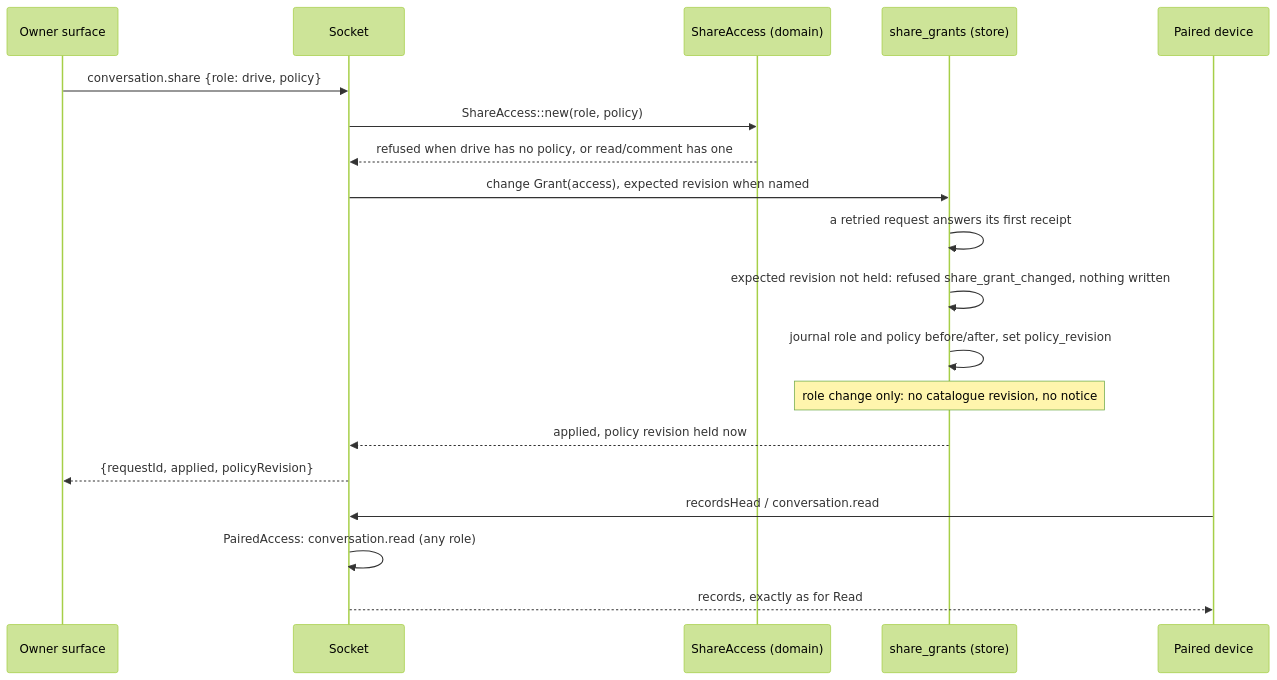
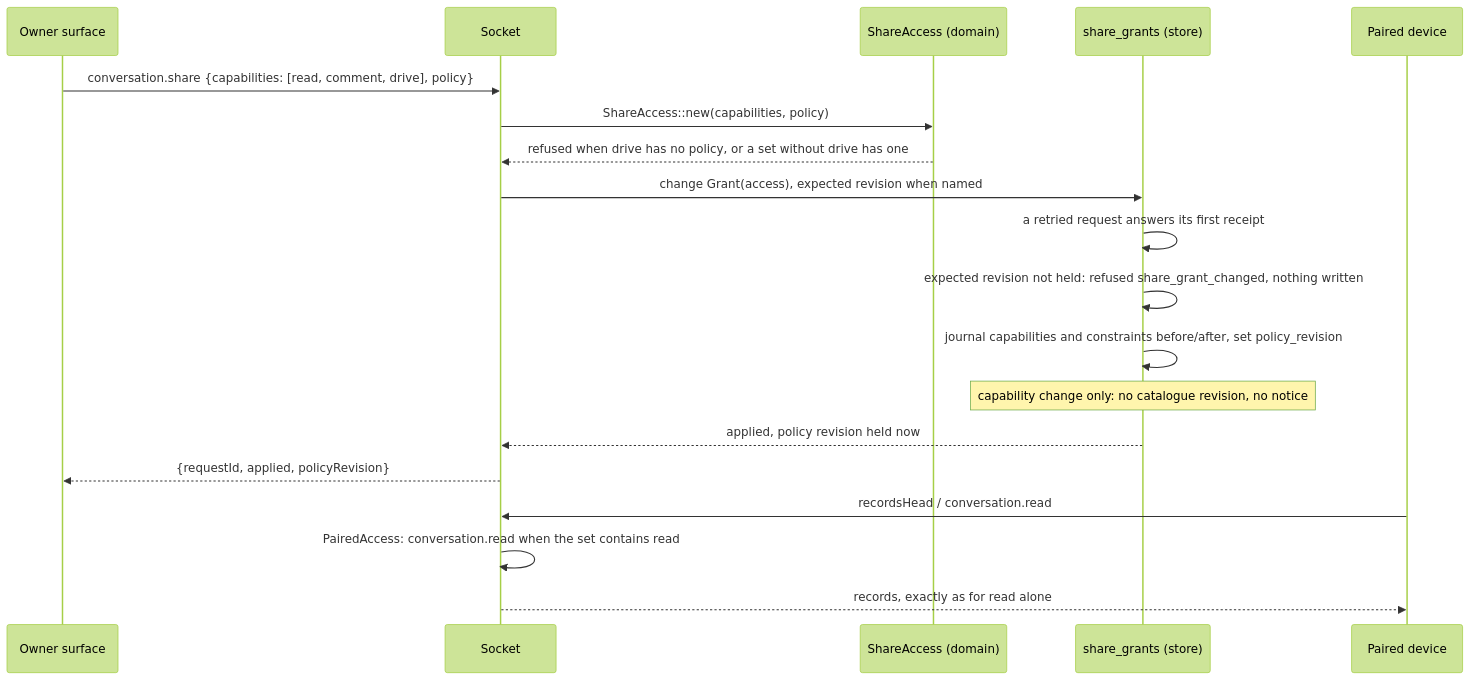
One commit to nessalabs/nessa-agent changed the third of 7 diagrams in docs/design/read-grants.md. Above: the diagram before and after it, drawn with Mermaid (forest theme). The commit also changed other lines of this file and 56 other files, not shown here.

````diff
--- a/docs/design/read-grants.md
+++ b/docs/design/read-grants.md
@@ -262,21 +327,21 @@
 ```mermaid
 sequenceDiagram
     participant Owner as Owner surface
     participant Socket
     participant Domain as ShareAccess (domain)
     participant Grants as share_grants (store)
     participant Device as Paired device
-    Owner->>Socket: conversation.share {role: drive, policy}
-    Socket->>Domain: ShareAccess::new(role, policy)
-    Domain-->>Socket: refused when drive has no policy, or read/comment has one
+    Owner->>Socket: conversation.share {capabilities: [read, comment, drive], policy}
+    Socket->>Domain: ShareAccess::new(capabilities, policy)
+    Domain-->>Socket: refused when drive has no policy, or a set without drive has one
     Socket->>Grants: change Grant(access), expected revision when named
     Grants->>Grants: a retried request answers its first receipt
     Grants->>Grants: expected revision not held: refused share_grant_changed, nothing written
-    Grants->>Grants: journal role and policy before/after, set policy_revision
-    Note over Grants: role change only: no catalogue revision, no notice
+    Grants->>Grants: journal capabilities and constraints before/after, set policy_revision
+    Note over Grants: capability change only: no catalogue revision, no notice
     Grants-->>Socket: applied, policy revision held now
     Socket-->>Owner: {requestId, applied, policyRevision}
     Device->>Socket: recordsHead / conversation.read
-    Socket->>Socket: PairedAccess: conversation.read (any role)
-    Socket-->>Device: records, exactly as for Read
+    Socket->>Socket: PairedAccess: conversation.read when the set contains read
+    Socket-->>Device: records, exactly as for read alone
 ```
````
